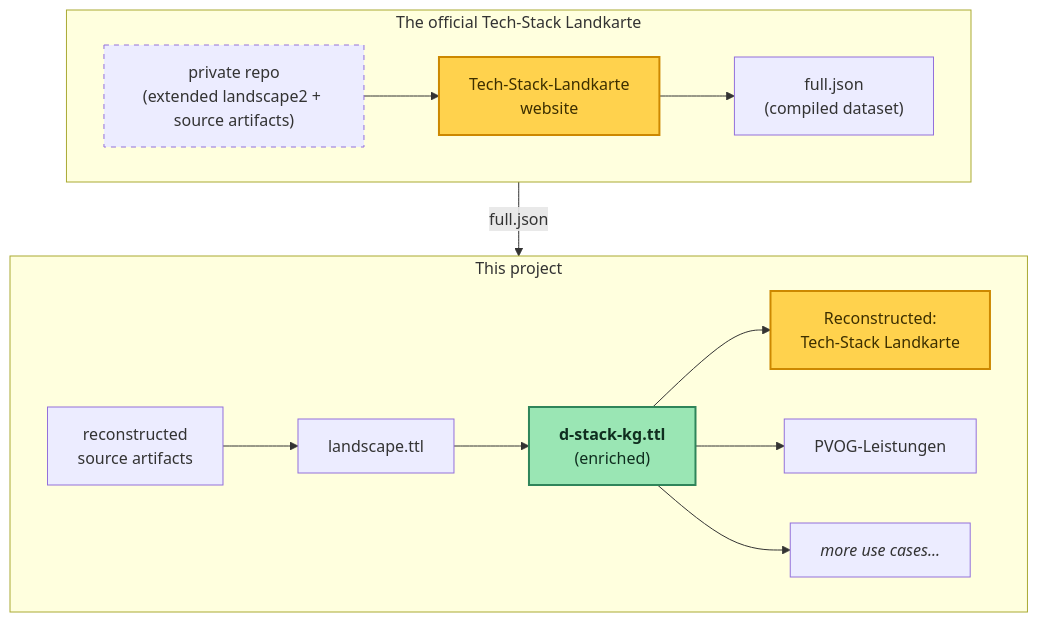
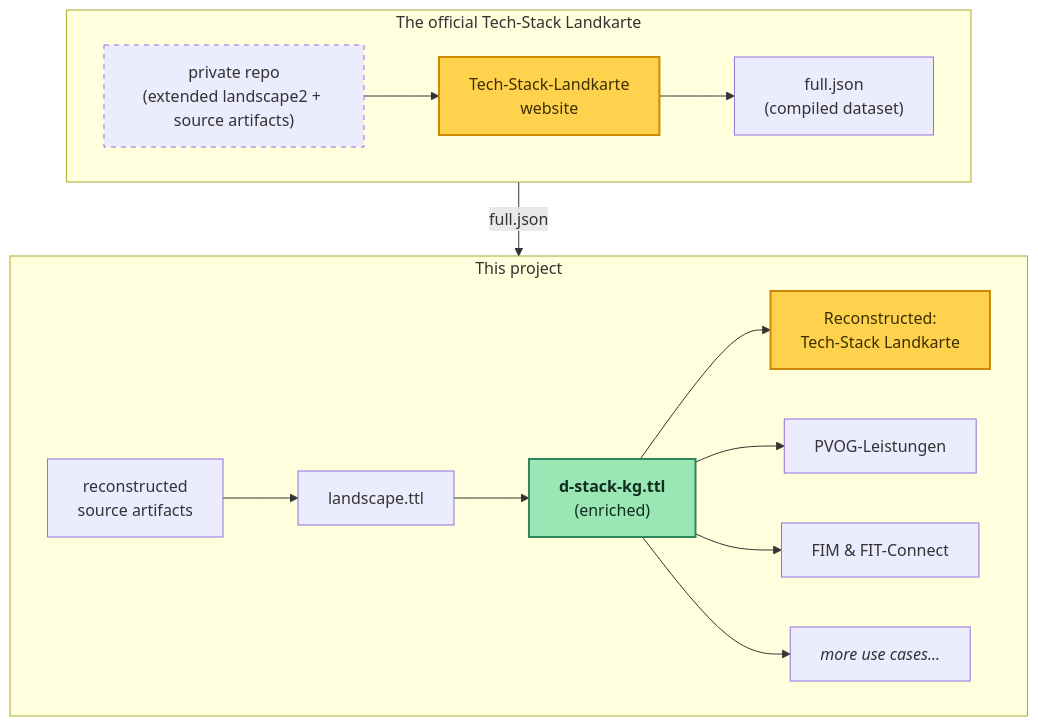
One commit to benjaminaaron/d-stack-kg changed the diagram in README.md. Above: the diagram before and after it, drawn with Mermaid. The commit also changed other lines of this file and 21 other files, not shown here.

Commit message:
Add new use case: FIM & FIT-Connect

````diff
--- a/README.md
+++ b/README.md
@@ -10,23 +10,24 @@
 ```mermaid
     flowchart TB
     subgraph sq ["The official Tech-Stack Landkarte"]
         direction LR
         repo["private repo<br/>(extended landscape2 + source artifacts)"] --> site["Tech-Stack-Landkarte<br/>website"] --> json["full.json<br/>(compiled dataset)"]
     end
     subgraph kg ["This project"]
         direction LR
         yml["reconstructed<br/>source artifacts"] --> ttl["landscape.ttl"] --> dstack["<b>d-stack-kg.ttl</b><br/>(enriched)"]
         dstack --> roundtrip["Reconstructed:</br>Tech-Stack Landkarte"]
         dstack --> leistungen["PVOG-Leistungen"]
+        dstack --> fachdaten["FIM &amp; FIT-Connect"]
         dstack --> more["<i>more use cases...</i>"]
     end
     sq -- "full.json" --> kg
 
     classDef private stroke-dasharray:5 5
     classDef key fill:#ffd24d,stroke:#cc8800,color:#3d2f00,stroke-width:2px
     classDef goal fill:#9ae6b4,stroke:#2f855a,color:#0f2e1f,stroke-width:2px
     class repo private
     class site key
     class roundtrip key
     class dstack goal
 ```
````
